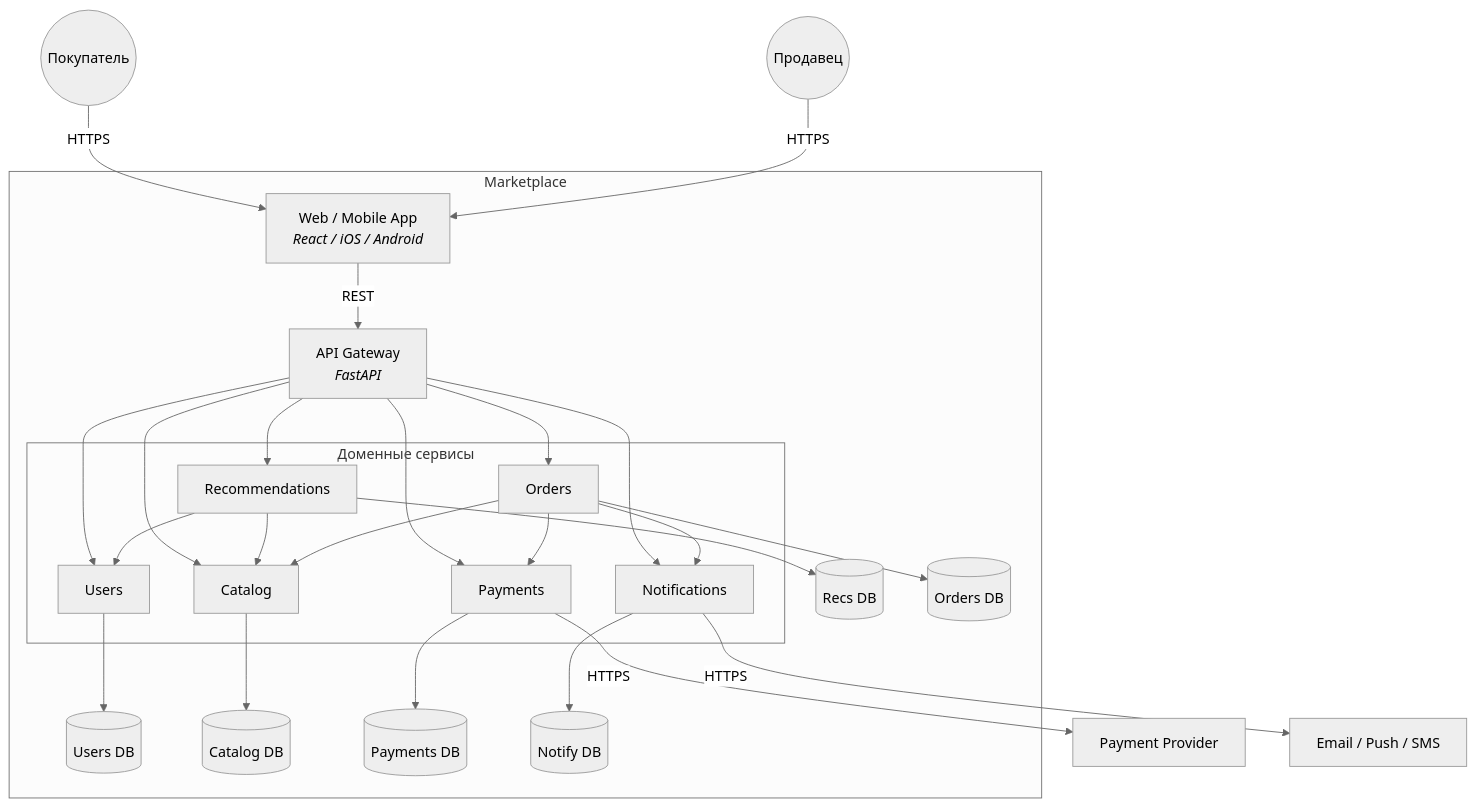
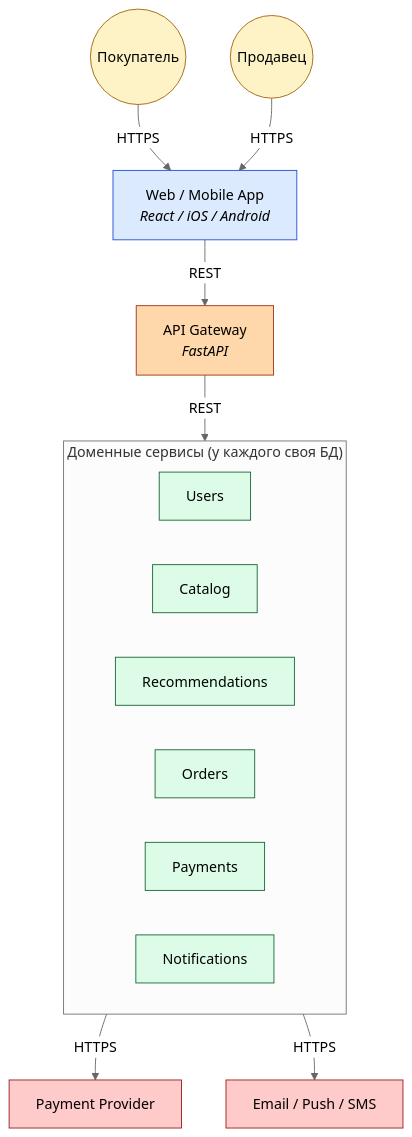
One commit to DaryaAndryeva/hw-1-Marketplace changed the first of 2 diagrams in README.md. Above: the diagram before and after it, drawn with Mermaid (neutral theme). The commit also changed other lines of this file and 1 other file, not shown here.

````diff
--- a/README.md
+++ b/README.md
@@ -24,56 +28,35 @@
 ```mermaid
 flowchart TB
-    buyer(("Покупатель"))
-    seller(("Продавец"))
+    classDef actor fill:#fef3c7,stroke:#a16207,color:#000
+    classDef client fill:#dbeafe,stroke:#1d4ed8,color:#000
+    classDef gateway fill:#fed7aa,stroke:#9a3412,color:#000
+    classDef service fill:#dcfce7,stroke:#166534,color:#000
+    classDef ext fill:#fecaca,stroke:#991b1b,color:#000
 
-    subgraph mp["Marketplace"]
-        web["Web / Mobile App<br/><i>React / iOS / Android</i>"]
-        gw["API Gateway<br/><i>FastAPI</i>"]
+    buyer(("Покупатель")):::actor
+    seller(("Продавец")):::actor
 
-        subgraph services["Доменные сервисы"]
-            users["Users"]
-            catalog["Catalog"]
-            recs["Recommendations"]
-            orders["Orders"]
-            payments["Payments"]
-            notify["Notifications"]
-        end
+    web["Web / Mobile App<br/><i>React / iOS / Android</i>"]:::client
+    gw["API Gateway<br/><i>FastAPI</i>"]:::gateway
 
-        users_db[("Users DB")]
-        catalog_db[("Catalog DB")]
-        recs_db[("Recs DB")]
-        orders_db[("Orders DB")]
-        payments_db[("Payments DB")]
-        notify_db[("Notify DB")]
+    subgraph svc["Доменные сервисы (у каждого своя БД)"]
+        direction LR
+        users["Users"]:::service
+        catalog["Catalog"]:::service
+        recs["Recommendations"]:::service
+        orders["Orders"]:::service
+        payments["Payments"]:::service
+        notify["Notifications"]:::service
     end
 
-    psp["Payment Provider"]
-    channels["Email / Push / SMS"]
+    psp["Payment Provider"]:::ext
+    channels["Email / Push / SMS"]:::ext
 
     buyer -- HTTPS --> web
     seller -- HTTPS --> web
     web -- REST --> gw
-
-    gw --> users
-    gw --> catalog
-    gw --> recs
-    gw --> orders
-    gw --> payments
-    gw --> notify
-
-    recs --> catalog
-    recs --> users
-    orders --> catalog
-    orders --> payments
-    orders --> notify
-
-    users --> users_db
-    catalog --> catalog_db
-    recs --> recs_db
-    orders --> orders_db
-    payments --> payments_db
-    notify --> notify_db
+    gw -- REST --> svc
 
     payments -- HTTPS --> psp
     notify -- HTTPS --> channels
 ```
````
